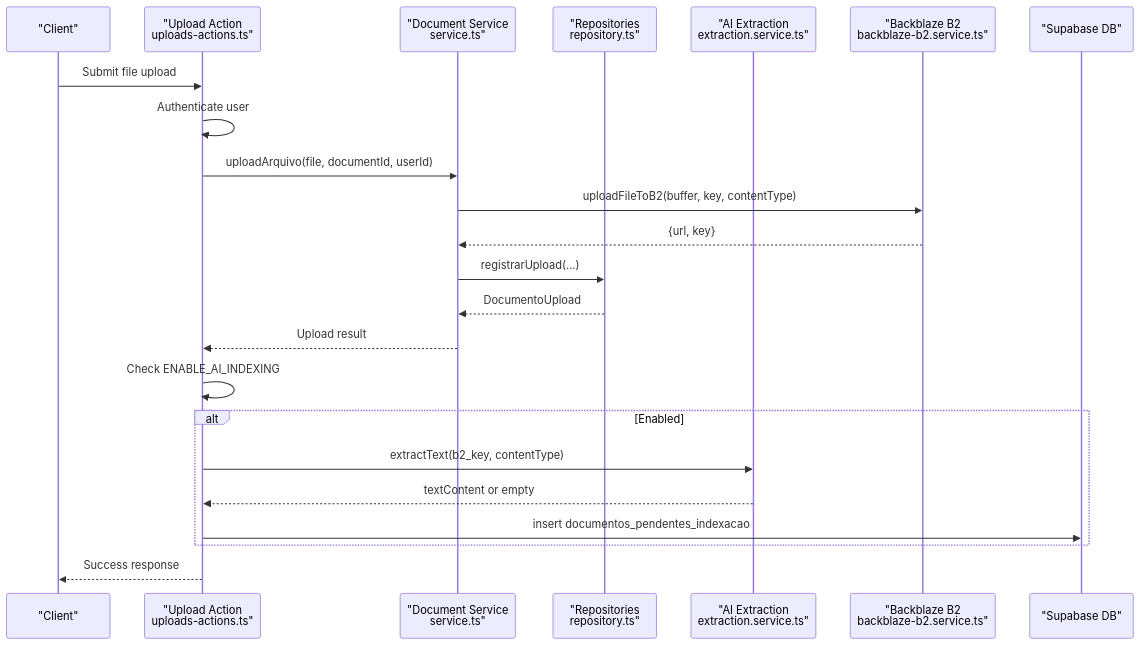
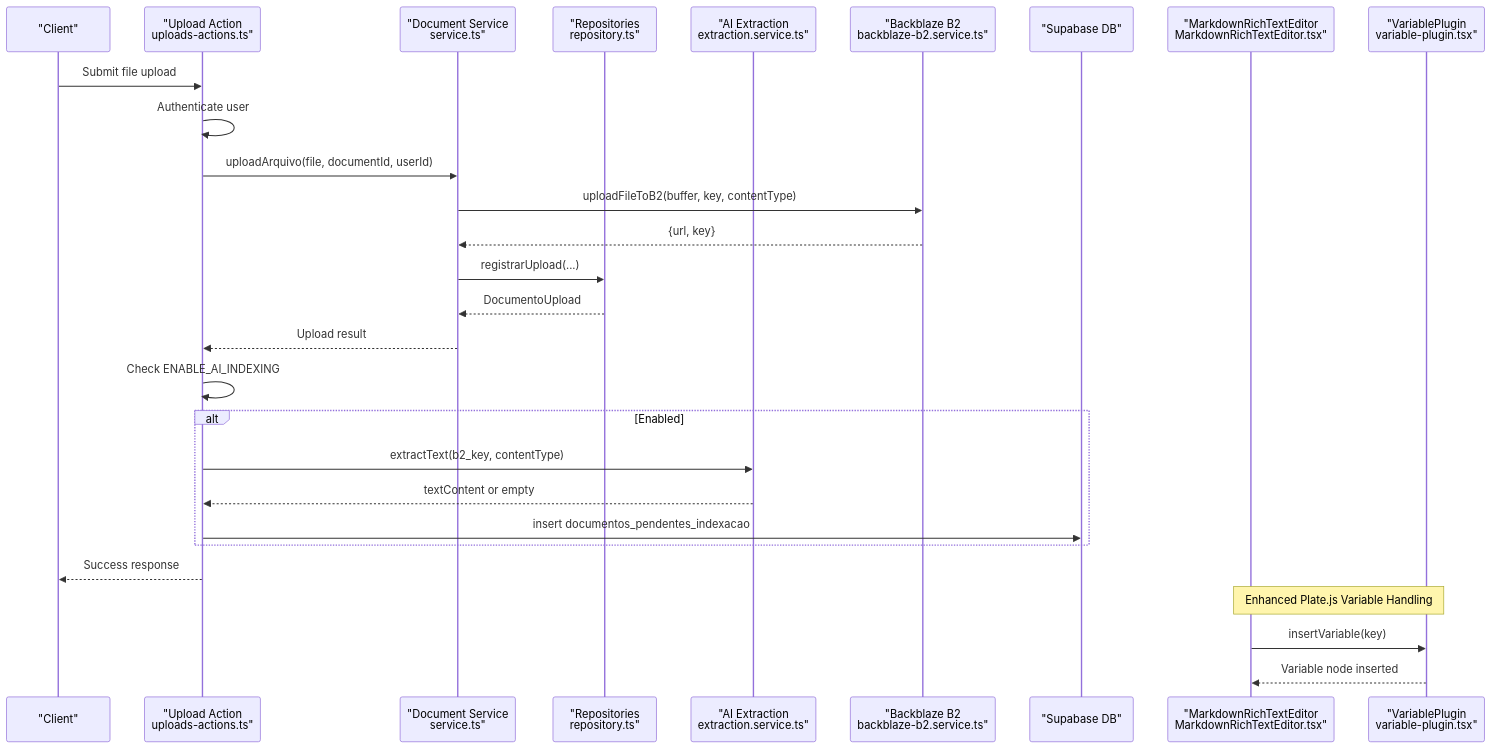
One commit to SinesysTech/zattar-os changed the second of 11 diagrams in .qoder/repowiki/en/content/Document Management and AI Editor/Document Processing Pipeline.md. Above: the diagram before and after it, drawn with Mermaid. The commit also changed other lines of this file and 4 other files, not shown here.

````diff
--- a/.qoder/repowiki/en/content/Document Management and AI Editor/Document Processing Pipeline.md
+++ b/.qoder/repowiki/en/content/Document Management and AI Editor/Document Processing Pipeline.md
@@ -131,25 +171,30 @@
 ```mermaid
 sequenceDiagram
 participant Client as "Client"
 participant Action as "Upload Action<br/>uploads-actions.ts"
 participant Service as "Document Service<br/>service.ts"
 participant Repo as "Repositories<br/>repository.ts"
 participant Extract as "AI Extraction<br/>extraction.service.ts"
 participant B2 as "Backblaze B2<br/>backblaze-b2.service.ts"
 participant DB as "Supabase DB"
+participant MRTE as "MarkdownRichTextEditor<br/>MarkdownRichTextEditor.tsx"
+participant VP as "VariablePlugin<br/>variable-plugin.tsx"
 Client->>Action : Submit file upload
 Action->>Action : Authenticate user
 Action->>Service : uploadArquivo(file, documentId, userId)
 Service->>B2 : uploadFileToB2(buffer, key, contentType)
 B2-->>Service : {url, key}
 Service->>Repo : registrarUpload(...)
 Repo-->>Service : DocumentoUpload
 Service-->>Action : Upload result
 Action->>Action : Check ENABLE_AI_INDEXING
 alt Enabled
 Action->>Extract : extractText(b2_key, contentType)
 Extract-->>Action : textContent or empty
 Action->>DB : insert documentos_pendentes_indexacao
 end
 Action-->>Client : Success response
+Note over MRTE,VP : Enhanced Plate.js Variable Handling
+MRTE->>VP : insertVariable(key)
+VP-->>MRTE : Variable node inserted
 ```
````
